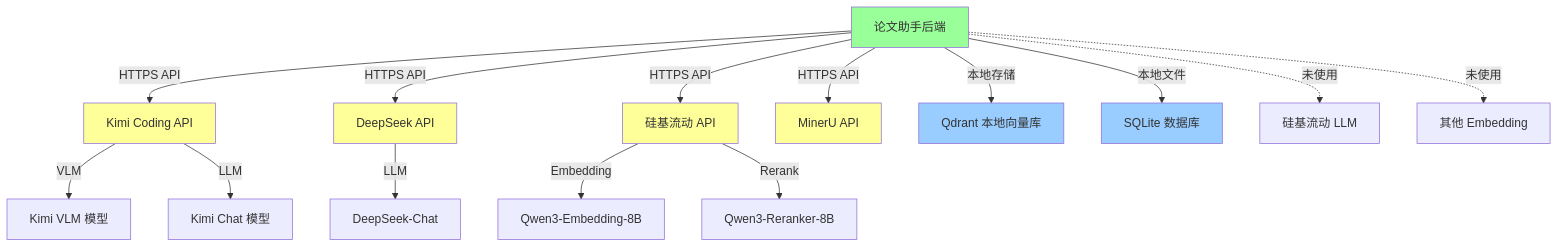
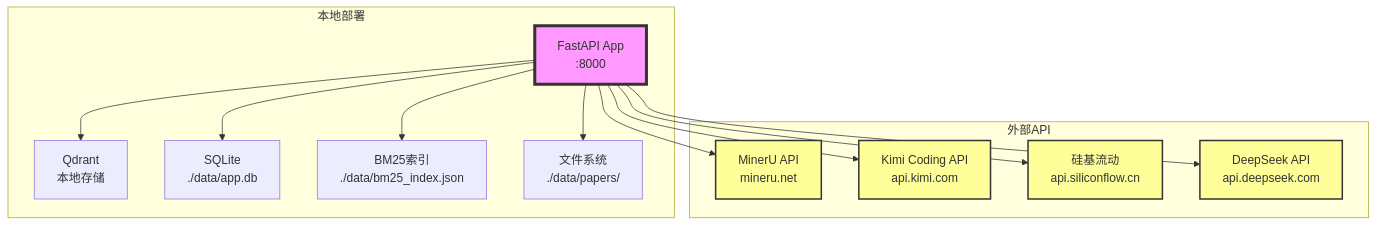
The diagram in docs/Decision-Snapshot/3-物理部署/3.1-依赖拓扑与网络.md (ornman/Paper-Agentic), drawn with Mermaid before and after one commit. The commit also changed other lines of this file and 30 other files, not shown here.

````diff
--- a/docs/Decision-Snapshot/3-物理部署/3.1-依赖拓扑与网络.md
+++ b/docs/Decision-Snapshot/3-物理部署/3.1-依赖拓扑与网络.md
@@ -8,28 +11,33 @@
 ```mermaid
-graph TD
-    Backend[论文助手后端] --> |HTTPS API| Kimi[Kimi Coding API]
-    Backend --> |HTTPS API| DeepSeek[DeepSeek API]
-    Backend --> |HTTPS API| SiliconFlow[硅基流动 API]
-    Backend --> |HTTPS API| MinerU[MinerU API]
-    Backend --> |本地存储| Qdrant[Qdrant 本地向量库]
-    Backend --> |本地文件| SQLite[SQLite 数据库]
+graph TB
+    subgraph "本地部署"
+        App[FastAPI App<br/>:8000]
+        Qdrant[Qdrant<br/>本地存储]
+        SQLite[SQLite<br/>./data/app.db]
+        BM25[BM25索引<br/>./data/bm25_index.json]
+        Files[文件系统<br/>./data/papers/]
+    end
 
-    Kimi --> |VLM| KimiVLM[Kimi VLM 模型]
-    Kimi --> |LLM| KimiLLM[Kimi Chat 模型]
+    subgraph "外部API"
+        MinerU[MinerU API<br/>mineru.net]
+        Kimi[Kimi Coding API<br/>api.kimi.com]
+        SiliconFlow[硅基流动<br/>api.siliconflow.cn]
+        DeepSeek[DeepSeek API<br/>api.deepseek.com]
+    end
 
-    SiliconFlow --> |Embedding| SFEmbed[Qwen3-Embedding-8B]
-    SiliconFlow --> |Rerank| SFRerank[Qwen3-Reranker-8B]
+    App --> Qdrant
+    App --> SQLite
+    App --> BM25
+    App --> Files
 
-    DeepSeek --> |LLM| DSChat[DeepSeek-Chat]
+    App --> MinerU
+    App --> Kimi
+    App --> SiliconFlow
+    App --> DeepSeek
 
-    Backend -.-> |未使用| SFLLM[硅基流动 LLM]
-    Backend -.-> |未使用| SFEmbedOther[其他 Embedding]
-
-    style Backend fill:#9f9
-    style Kimi fill:#ff9
-    style DeepSeek fill:#ff9
-    style SiliconFlow fill:#ff9
-    style MinerU fill:#ff9
-    style Qdrant fill:#9cf
-    style SQLite fill:#9cf
+    style App fill:#f9f,stroke:#333,stroke-width:4px
+    style MinerU fill:#ff9,stroke:#333,stroke-width:2px
+    style Kimi fill:#ff9,stroke:#333,stroke-width:2px
+    style SiliconFlow fill:#ff9,stroke:#333,stroke-width:2px
+    style DeepSeek fill:#ff9,stroke:#333,stroke-width:2px
 ```
````
